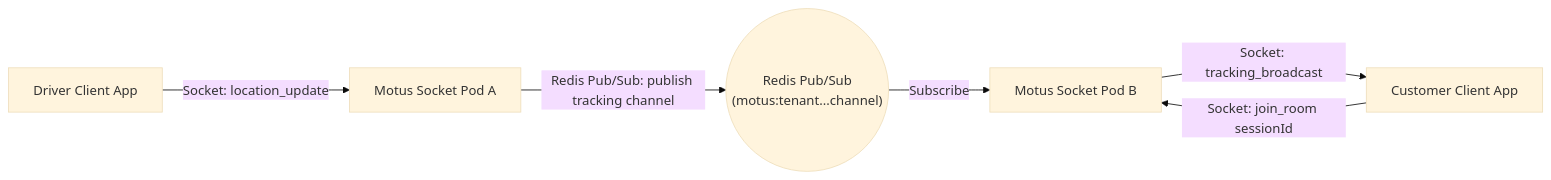
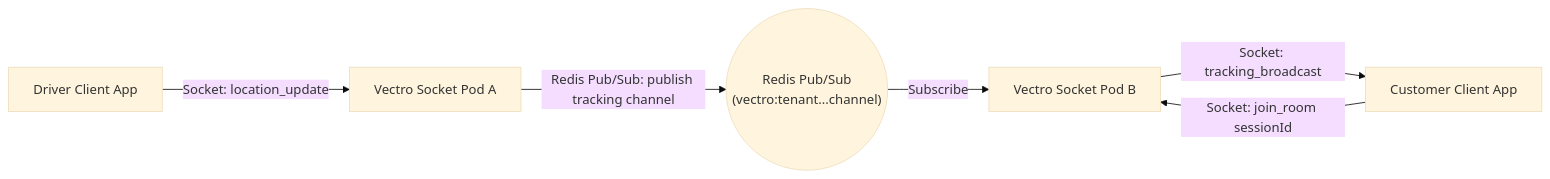
The second of 3 diagrams in PRODUCT_FLOW.md (bhrji4438/motus), drawn with Mermaid (base theme) before and after one commit. The commit also changed other lines of this file and 41 other files, not shown here.

First line of the commit message:
docs(rebrand): rebrand platform from Motus to Vectro

````diff
--- a/PRODUCT_FLOW.md
+++ b/PRODUCT_FLOW.md
@@ -103,9 +103,9 @@
 ```mermaid
 flowchart LR
-    DriverApp["Driver Client App"] -->|Socket: location_update| Pod1["Motus Socket Pod A"]
-    CustomerApp["Customer Client App"] -->|Socket: join_room sessionId| Pod2["Motus Socket Pod B"]
+    DriverApp["Driver Client App"] -->|Socket: location_update| Pod1["Vectro Socket Pod A"]
+    CustomerApp["Customer Client App"] -->|Socket: join_room sessionId| Pod2["Vectro Socket Pod B"]
 
-    Pod1 -->|Redis Pub/Sub: publish tracking channel| RedisPubSub(("Redis Pub/Sub\n(motus:tenant...channel)"))
+    Pod1 -->|Redis Pub/Sub: publish tracking channel| RedisPubSub(("Redis Pub/Sub\n(vectro:tenant...channel)"))
     RedisPubSub -->|Subscribe| Pod2
     Pod2 -->|Socket: tracking_broadcast| CustomerApp
 ```
````
